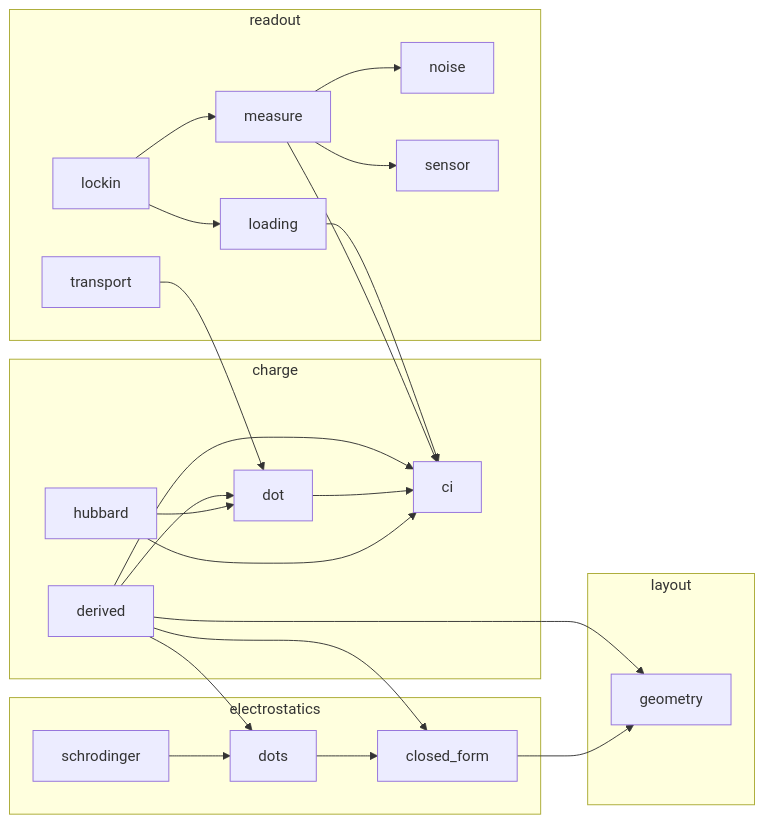
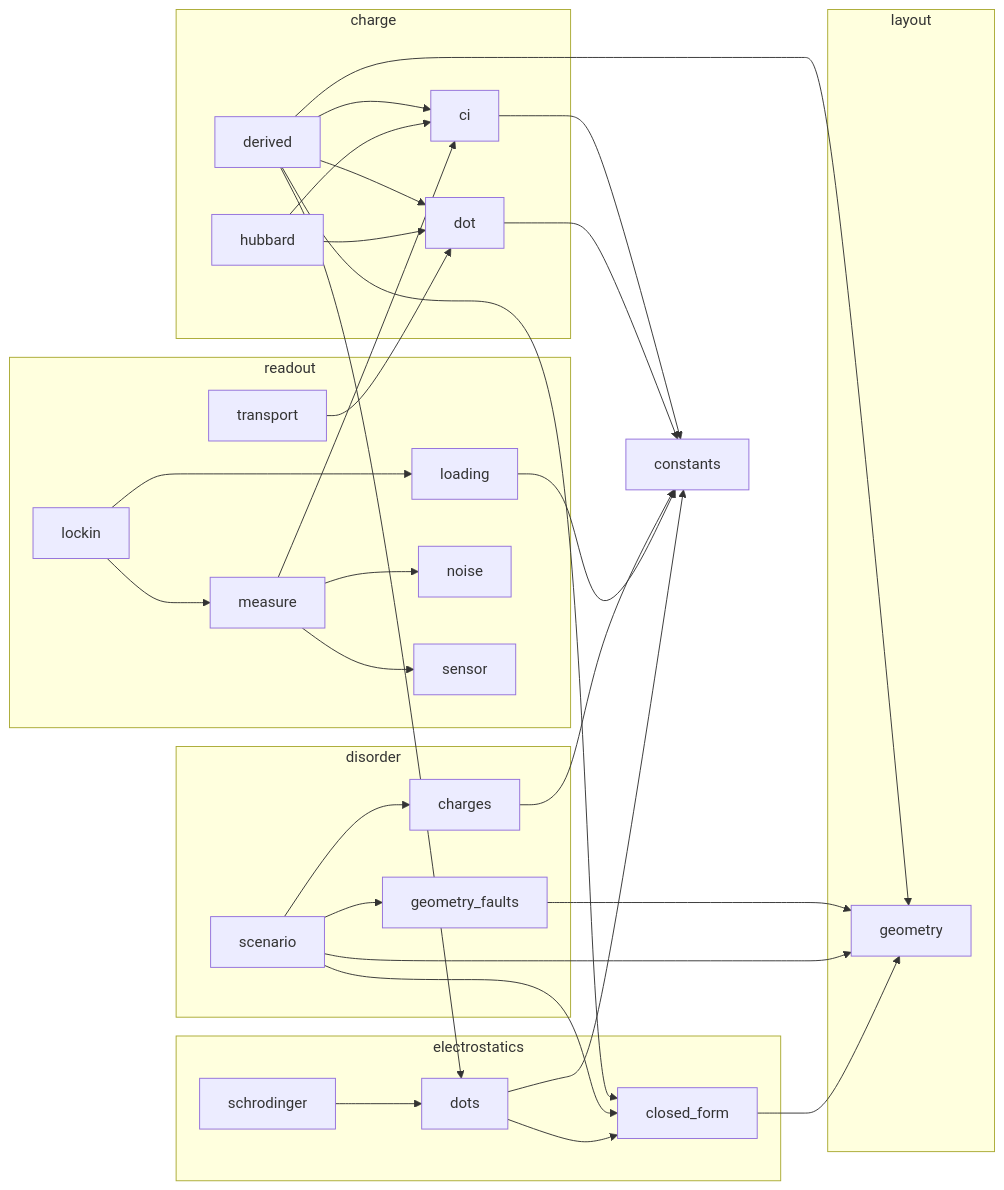
One commit to CowboyQuantum/phantom changed the second of 2 diagrams in docs/MODELS.md. Above: the diagram before and after it, drawn with Mermaid. The commit also changed other lines of this file and 24 other files, not shown here.

First line of the commit message:
feat(disorder): interface charges, gate misalignment, seeded scenario draw (Step 3, first PR)

````diff
--- a/docs/MODELS.md
+++ b/docs/MODELS.md
@@ -98,43 +114,56 @@
 ```mermaid
 flowchart LR
   subgraph layout
     layout_geometry["geometry"]
   end
   subgraph electrostatics
     electrostatics_closed_form["closed_form"]
     electrostatics_dots["dots"]
     electrostatics_schrodinger["schrodinger"]
+  end
+  subgraph disorder
+    disorder_charges["charges"]
+    disorder_geometry_faults["geometry_faults"]
+    disorder_scenario["scenario"]
   end
   subgraph charge
     charge_ci["ci"]
     charge_derived["derived"]
     charge_dot["dot"]
     charge_hubbard["hubbard"]
   end
   subgraph readout
     readout_loading["loading"]
     readout_lockin["lockin"]
     readout_measure["measure"]
     readout_noise["noise"]
     readout_sensor["sensor"]
     readout_transport["transport"]
   end
+  charge_ci --> constants
   charge_derived --> charge_ci
   charge_derived --> charge_dot
   charge_derived --> electrostatics_closed_form
   charge_derived --> electrostatics_dots
   charge_derived --> layout_geometry
-  charge_dot --> charge_ci
+  charge_dot --> constants
   charge_hubbard --> charge_ci
   charge_hubbard --> charge_dot
+  disorder_charges --> constants
+  disorder_geometry_faults --> layout_geometry
+  disorder_scenario --> disorder_charges
+  disorder_scenario --> disorder_geometry_faults
+  disorder_scenario --> electrostatics_closed_form
+  disorder_scenario --> layout_geometry
   electrostatics_closed_form --> layout_geometry
+  electrostatics_dots --> constants
   electrostatics_dots --> electrostatics_closed_form
   electrostatics_schrodinger --> electrostatics_dots
-  readout_loading --> charge_ci
+  readout_loading --> constants
   readout_lockin --> readout_loading
   readout_lockin --> readout_measure
   readout_measure --> charge_ci
   readout_measure --> readout_noise
   readout_measure --> readout_sensor
   readout_transport --> charge_dot
 ```
````
